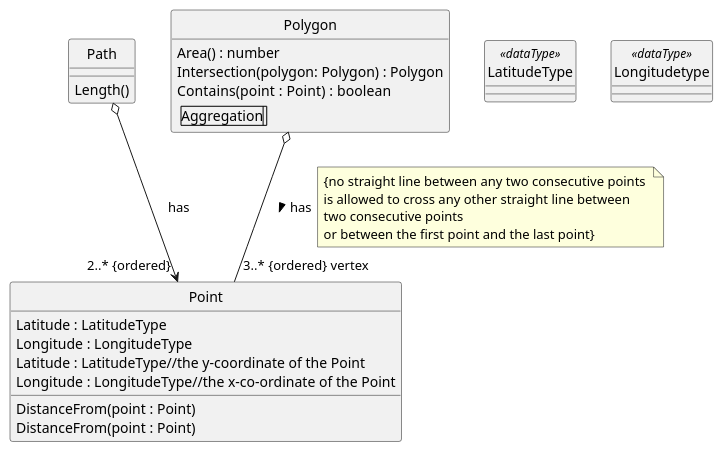
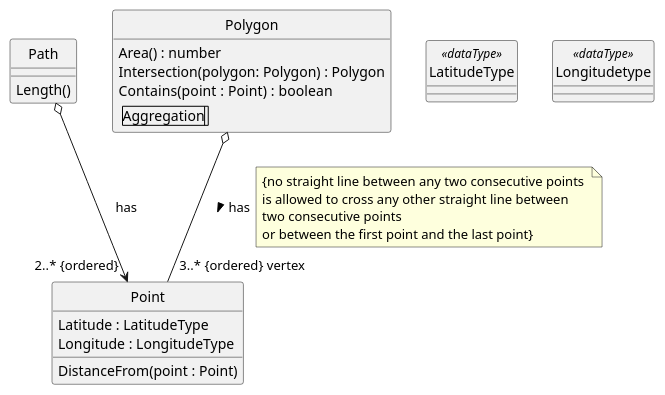
The diagram in Model/model.puml (Charles1625/crop-production-ontology), drawn with PlantUML before and after one commit. The commit also changed 13 other files, not shown here.

Commit message:
First draft up to Location except for uml (starting re-factoring).

```diff
--- a/Model/model.puml
+++ b/Model/model.puml
@@ -1,55 +1,48 @@
 @startuml
 hide circle
 
-class Path { 
+class Path 
+{ 
 Length() 
 'Sum of the lengths of the straight lines joining consecutive pairs of Points.
 } 
 
 class Point 
 'A point in a rectangle representing an Equirectangular projection of the Earth's surface.
 {
   Latitude : LatitudeType
   'the y-coordinate of the Point
   Longitude : LongitudeType
   'the x-coordinate of the Point
   DistanceFrom(point : Point)
   'The actual distance on the Earth's surface between this point and the given point.
 }
 
 class Polygon 
 'A non-self-intersecting polygon on the Earth's surface.
 { 
 Area() : number
 'the area of this Polygon
 Intersection(polygon: Polygon) : Polygon
 'a Polygon, if any, that represents the overlapping of this Polygon and the given Polygon
 Contains(point : Point)  : boolean
 'True if this Polygon contains the given Point.|
 |Aggregation| |
 } 
 
-class Point 
-'A point in a rectangle representing an Equirectangular projection of the Earth's surface.
-{
-  Latitude : LatitudeType//the y-coordinate of the Point
-  Longitude : LongitudeType//the x-co-ordinate of the Point
-  DistanceFrom(point : Point)
-}
-
 class LatitudeType <<dataType>>
 'A decimal number between -90 and 90 with a precision of no more than 7.
 
 class Longitudetype <<dataType>>
 'A decimal number between -180 and 180 with a precision of no more than 7.
 
 Path o--> "2..* {ordered}" Point : has
 
 Polygon o-- "3..* {ordered} vertex" Point : > has
 note right on link
 {no straight line between any two consecutive points 
 is allowed to cross any other straight line between 
 two consecutive points 
 or between the first point and the last point}
 end note
 @enduml
```
